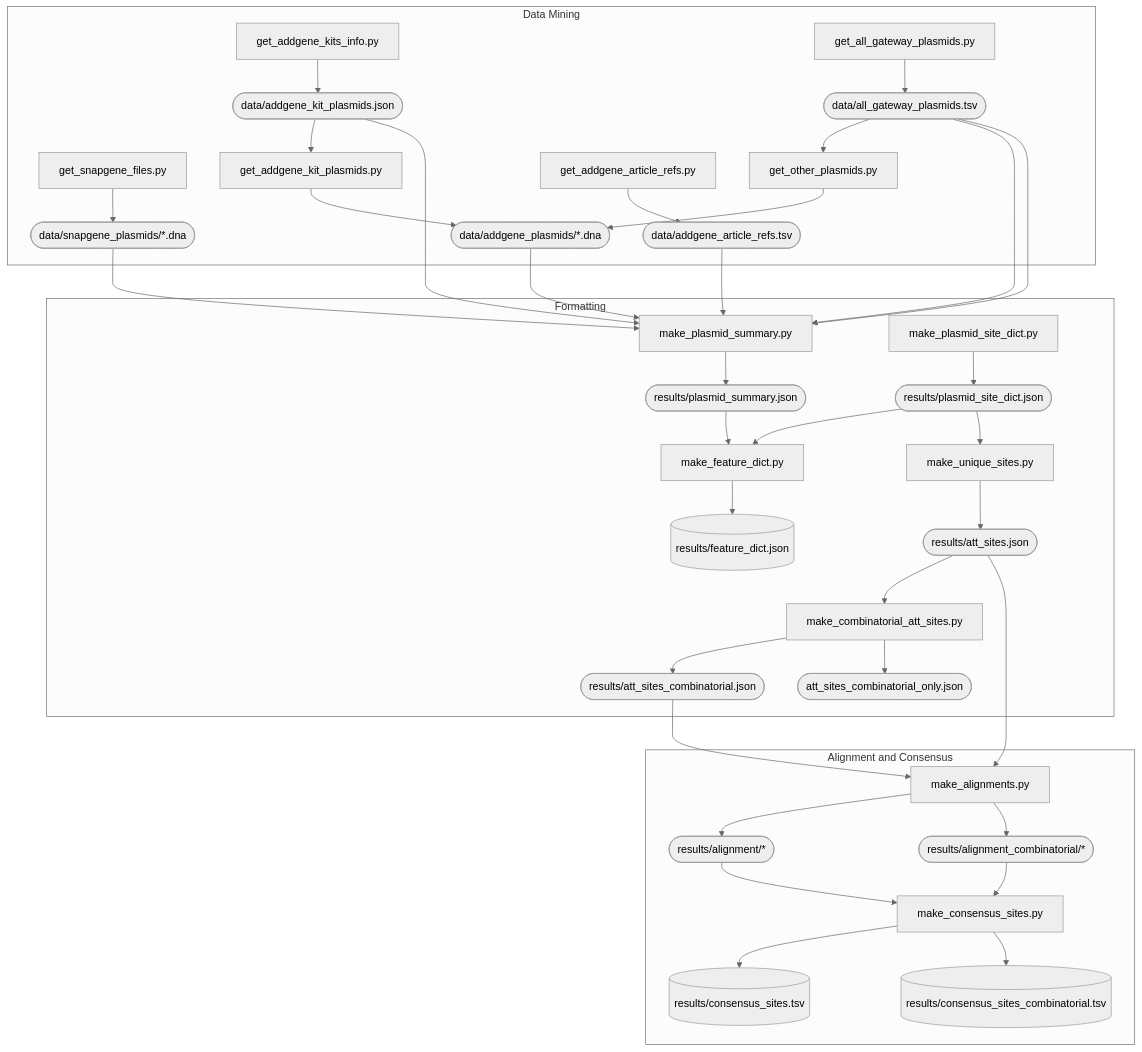
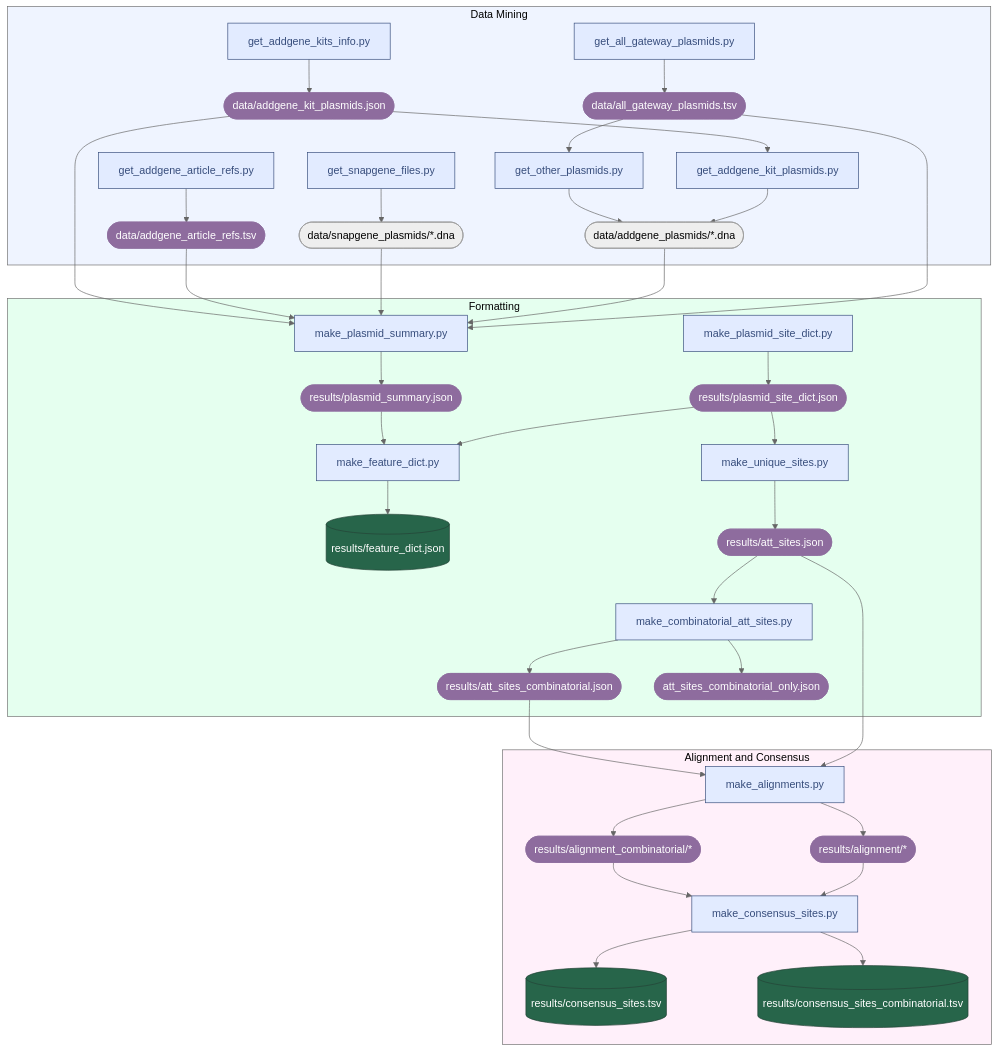
Before and after one commit to manulera/GateWayMine: the diagram in README.md, drawn with Mermaid (neutral theme).

Commit message:
update graph with colors

````diff
--- a/README.md
+++ b/README.md
@@ -12,7 +12,7 @@
 ```mermaid
 flowchart TD
 
-      subgraph Data Mining
+      subgraph DataMining["Data Mining"]
       %% snapgene_application{{SnapGene Folder}} --> snapgene_script
       %% addgene{{AddGene}} --> get_addgene_kits_info
       %% addgene --> get_all_gateway_plasmids
@@ -32,7 +32,6 @@
       all_gateway_plasmids --> make_plasmid_summary[make_plasmid_summary.py]
       addgene_plasmids --> make_plasmid_summary
       snapgene_plasmids --> make_plasmid_summary
-      all_gateway_plasmids --> make_plasmid_summary
       addgene_article_refs --> make_plasmid_summary
       addgene_kits --> make_plasmid_summary
       make_plasmid_summary --> plasmid_summary([results/plasmid_summary.json])
@@ -46,7 +45,7 @@
       make_combinatorial_att_sites[make_combinatorial_att_sites.py] --> att_sites_combinatorial([results/att_sites_combinatorial.json])
       make_combinatorial_att_sites --> combinatorial_att_sites_only([att_sites_combinatorial_only.json])
       end
-      subgraph Alignment and Consensus
+      subgraph AlignmentAndConsensus["Alignment and Consensus"]
       att_sites --> make_alignments
       att_sites_combinatorial --> make_alignments
       make_alignments[make_alignments.py] --> alignments([results/alignment/*])
@@ -58,4 +57,40 @@
 
       end
 
+      get_addgene_kits_info:::Sky
+      get_addgene_kit_plasmids:::Sky
+      get_addgene_article_refs:::Sky
+      get_all_gateway_plasmids:::Sky
+      get_other_plasmids:::Sky
+      snapgene_script:::Sky
+      make_plasmid_summary:::Sky
+      make_feature_dict:::Sky
+      make_unique_sites:::Sky
+      make_combinatorial_att_sites:::Sky
+      make_alignments:::Sky
+      make_consensus_sites:::Sky
+      make_plasmid_site_dict:::Sky
+      
+
+      att_sites:::Lavender
+      att_sites_combinatorial:::Lavender
+      combinatorial_att_sites_only:::Lavender
+      plasmid_site_dict:::Lavender
+      feature_dict:::Pine
+      consensus_sites:::Pine
+      consensus_sites_combinatorial:::Pine
+      plasmid_summary:::Lavender
+      alignments:::Lavender
+      alignments_combinatorial:::Lavender
+      addgene_article_refs:::Lavender
+      addgene_kits:::Lavender
+      all_gateway_plasmids:::Lavender
+
+      classDef Sky stroke-width:1px, stroke-dasharray:none, stroke:#374D7C, fill:#E2EBFF, color:#374D7C
+      classDef Pine stroke-width:1px, stroke-dasharray:none, stroke:#254336, fill:#27654A, color:#FFFFFF
+      classDef Lavender stroke-width:1px, stroke-dasharray:none, stroke:#8E6C9E, fill:#8E6C9E, color:#FFFFFF
+
+      style DataMining color:#000000,fill:#E2EBFF90
+      style Formatting color:#000000,fill:#D1FFE290
+      style AlignmentAndConsensus color:#000000,fill:#FFE5F790
 ```
````
